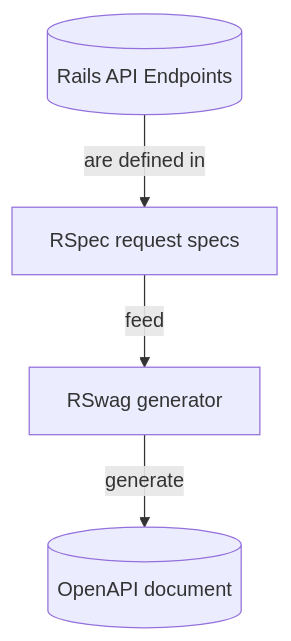
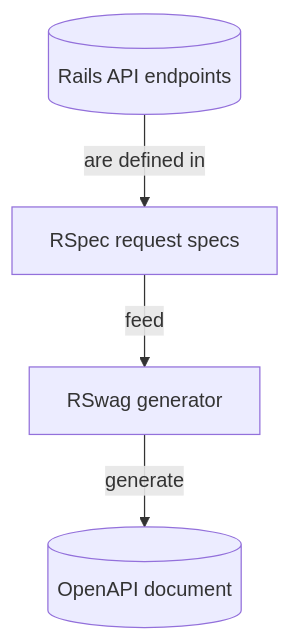
The diagram in openapi/frameworks/rails.mdx (ritza-co/speakeasy-developer-docs), drawn with Mermaid before and after one commit. The commit also changed other lines of this file, not shown here.

Commit message:
Edit: How to generate OpenAPI documentation with RSwag for Rails APIs

````diff
--- a/openapi/frameworks/rails.mdx
+++ b/openapi/frameworks/rails.mdx
@@ -21,6 +26,6 @@
 ```mermaid
 graph TD
-    R[(Rails API Endpoints)] -->|are defined in| A[RSpec request specs]
+    R[(Rails API endpoints)] -->|are defined in| A[RSpec request specs]
     A -->|feed| B[RSwag generator]
     B --> |generate| C[(OpenAPI document)]
 ```
````
